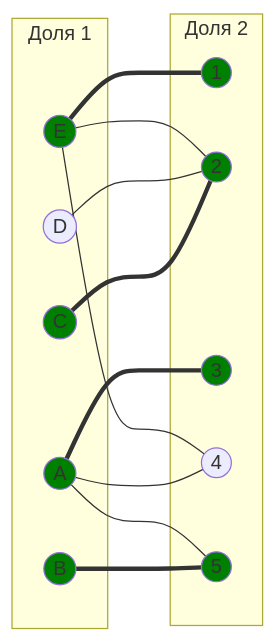
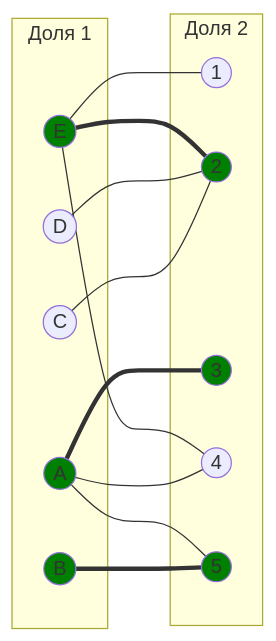
The third of 10 diagrams in Задание 8/DIVI.md (algos-ris-24-5/manual-tasks), drawn with Mermaid before and after one commit. The commit also changed other lines of this file, not shown here.

````diff
--- a/Задание 8/DIVI.md
+++ b/Задание 8/DIVI.md
@@ -120,35 +101,33 @@
 ```mermaid
 graph LR
     subgraph "Доля 1"
         A((A))
         B((B))
         C((C))
         D((D))
         E((E))
     end
     subgraph "Доля 2"
         1((1))
         2((2))
         3((3))
         4((4))
         5((5))
     end
     A === 3
     A --- 4
     B === 5
-    C === 2
+    C --- 2
     D --- 2
-    E === 1
+    E --- 1
     E --- 4
     A --- 5
-    E --- 2
+    E === 2
     
     style A fill:#008000
     style E fill:#008000
     style 2 fill:#008000
     style 3 fill:#008000
     style 5 fill:#008000
     style B fill:#008000
-    style C fill:#008000
-    style 1 fill:#008000
 ```
````
